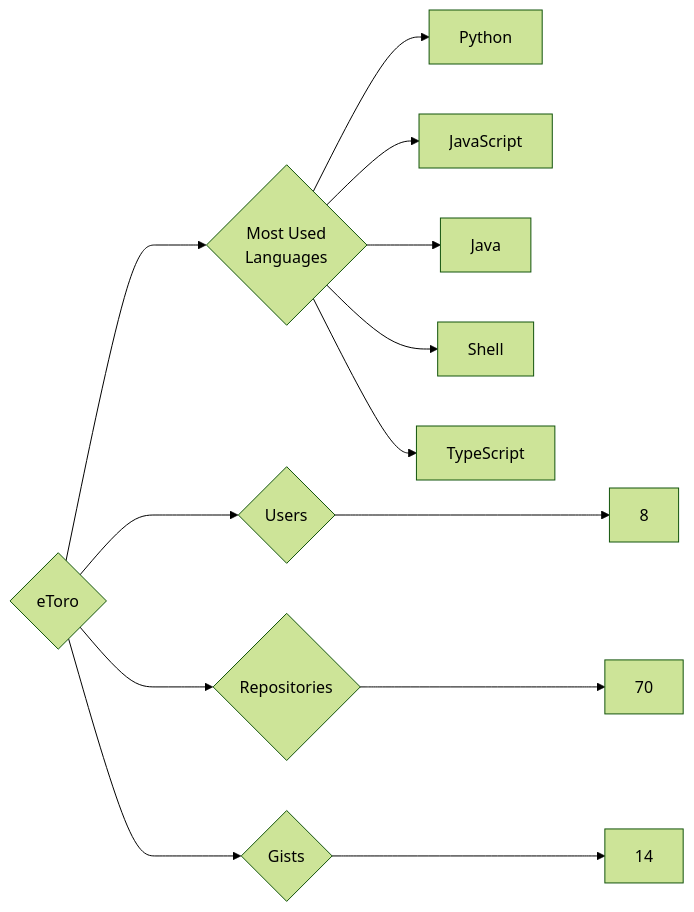
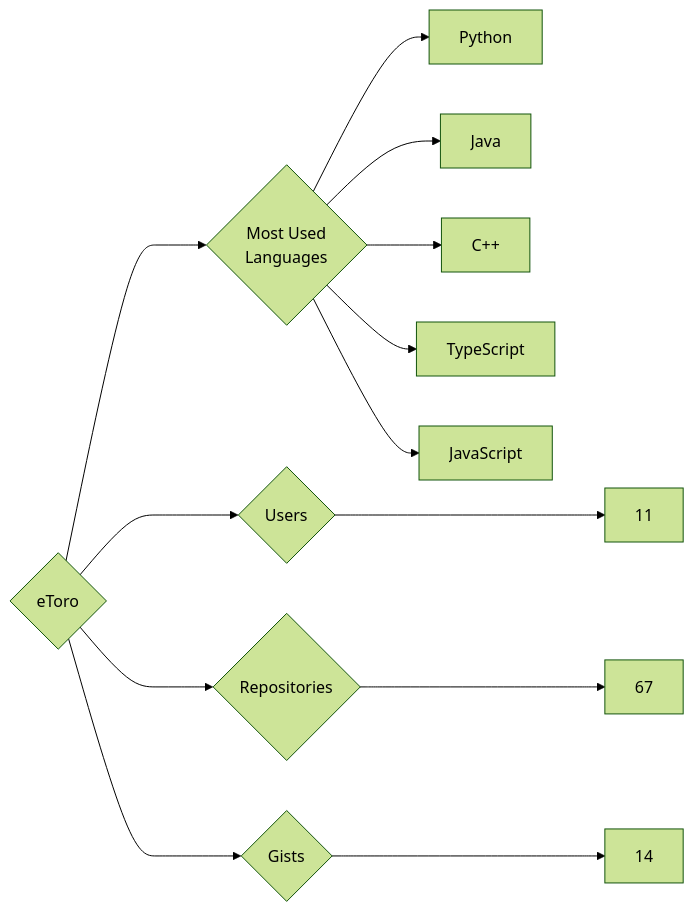
One commit to trickest/insiders changed the diagram in targets/eToro/README.md. Above: the diagram before and after it, drawn with Mermaid (forest theme). The commit also changed 1238 other files, not shown here.

````diff
--- a/targets/eToro/README.md
+++ b/targets/eToro/README.md
@@ -3,13 +3,13 @@
 ```mermaid
 graph LR
 COMPANY_NAME{eToro}
-COMPANY_NAME ---> U{Users} ---> UN[8]
-COMPANY_NAME ---> R{Repositories} ---> RN[70]
+COMPANY_NAME ---> U{Users} ---> UN[11]
+COMPANY_NAME ---> R{Repositories} ---> RN[67]
 COMPANY_NAME ---> G{Gists} ---> GN[14]
 COMPANY_NAME ---> ML{Most Used<br>Languages}
 ML --> Python[Python]
+ML --> Java[Java]
+ML --> C++[C++]
+ML --> TypeScript[TypeScript]
 ML --> JavaScript[JavaScript]
-ML --> Java[Java]
-ML --> Shell[Shell]
-ML --> TypeScript[TypeScript]
 ```
````
